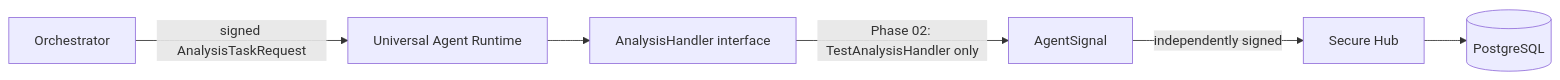
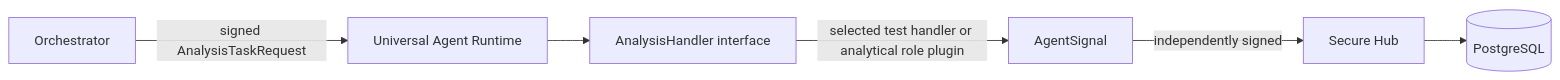
Before and after one commit to nuxotetotmailsvoboden-lgtm/Tomiris: the second of 2 diagrams in docs/ORCHESTRATOR_ARCHITECTURE.md, drawn with Mermaid. The commit also changed other lines of this file and 77 other files, not shown here.

Commit message:
phase-03: extensible analytical agents and pilot roles

````diff
--- a/docs/ORCHESTRATOR_ARCHITECTURE.md
+++ b/docs/ORCHESTRATOR_ARCHITECTURE.md
@@ -29,8 +29,8 @@
 ```mermaid
 flowchart LR
   O[Orchestrator] -->|signed AnalysisTaskRequest| U[Universal Agent Runtime]
   U --> I[AnalysisHandler interface]
-  I -->|Phase 02: TestAnalysisHandler only| S[AgentSignal]
+  I -->|selected test handler or analytical role plugin| S[AgentSignal]
   S -->|independently signed| H[Secure Hub]
   H --> P[(PostgreSQL)]
 ```
````
